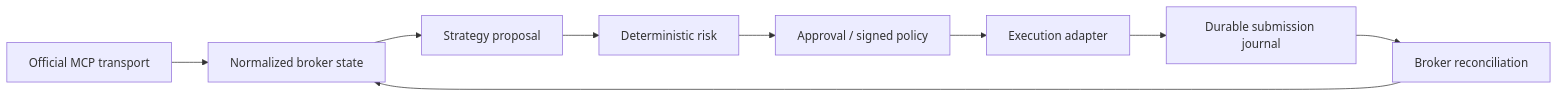
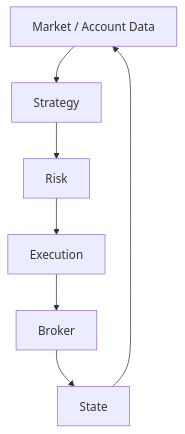
One commit to danielye0010/TradeAgent changed the diagram in docs/architecture.md. Above: the diagram before and after it, drawn with Mermaid. The commit also changed other lines of this file and 25 other files, not shown here.

````diff
--- a/docs/architecture.md
+++ b/docs/architecture.md
@@ -5,11 +5,9 @@
 ```mermaid
-flowchart LR
-    Transport[Official MCP transport] --> Normalize[Normalized broker state]
-    Normalize --> Strategy[Strategy proposal]
-    Strategy --> Risk[Deterministic risk]
-    Risk --> Policy[Approval / signed policy]
-    Policy --> Execute[Execution adapter]
-    Execute --> Journal[Durable submission journal]
-    Journal --> Reconcile[Broker reconciliation]
-    Reconcile --> Normalize
+flowchart TD
+    Data[Market / Account Data] --> Strategy
+    Strategy --> Risk
+    Risk --> Execution
+    Execution --> Broker
+    Broker --> State
+    State --> Data
 ```
````
